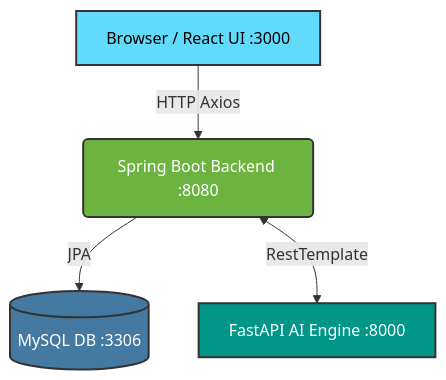
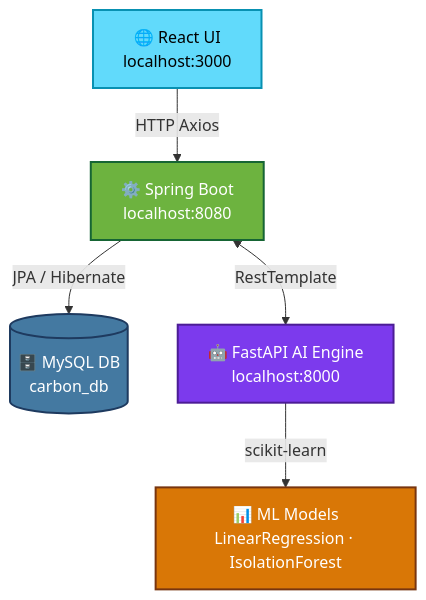
Before and after one commit to RohithSagar04/Carbon_Credit_Platform: the diagram in README.md, drawn with Mermaid. The commit also changed other lines of this file and 2 other files, not shown here.

````diff
--- a/README.md
+++ b/README.md
@@ -44,16 +92,19 @@
 ```mermaid
 graph TD
-    A[Browser / React UI :3000] -->|HTTP Axios| B(Spring Boot Backend :8080)
-    B -->|JPA| C[(MySQL DB :3306)]
-    B <-->|RestTemplate| D[FastAPI AI Engine :8000]
-    
-    classDef frontend fill:#61DAFB,stroke:#333,stroke-width:2px,color:#000;
-    classDef backend fill:#6DB33F,stroke:#333,stroke-width:2px,color:#fff;
-    classDef db fill:#4479A1,stroke:#333,stroke-width:2px,color:#fff;
-    classDef ai fill:#009688,stroke:#333,stroke-width:2px,color:#fff;
-    
-    class A frontend;
-    class B backend;
-    class C db;
-    class D ai;
+    A["🌐 React UI<br/>localhost:3000"] -->|HTTP Axios| B["⚙️ Spring Boot<br/>localhost:8080"]
+    B -->|JPA / Hibernate| C[("🗄️ MySQL DB<br/>carbon_db")]
+    B <-->|RestTemplate| D["🤖 FastAPI AI Engine<br/>localhost:8000"]
+    D -->|scikit-learn| E["📊 ML Models<br/>LinearRegression · IsolationForest"]
+
+    classDef frontend fill:#61DAFB,stroke:#0891b2,stroke-width:2px,color:#000
+    classDef backend fill:#6DB33F,stroke:#166534,stroke-width:2px,color:#fff
+    classDef db fill:#4479A1,stroke:#1e3a5f,stroke-width:2px,color:#fff
+    classDef ai fill:#7c3aed,stroke:#4c1d95,stroke-width:2px,color:#fff
+    classDef ml fill:#d97706,stroke:#78350f,stroke-width:2px,color:#fff
+
+    class A frontend
+    class B backend
+    class C db
+    class D ai
+    class E ml
 ```
````
